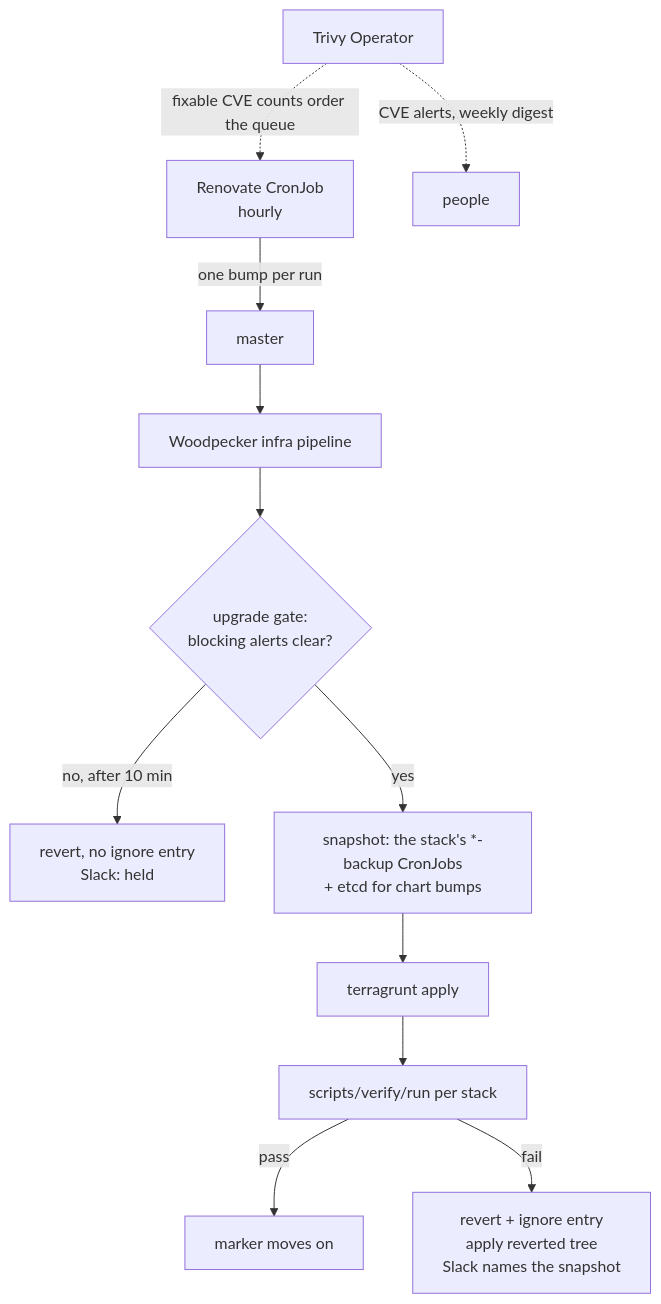
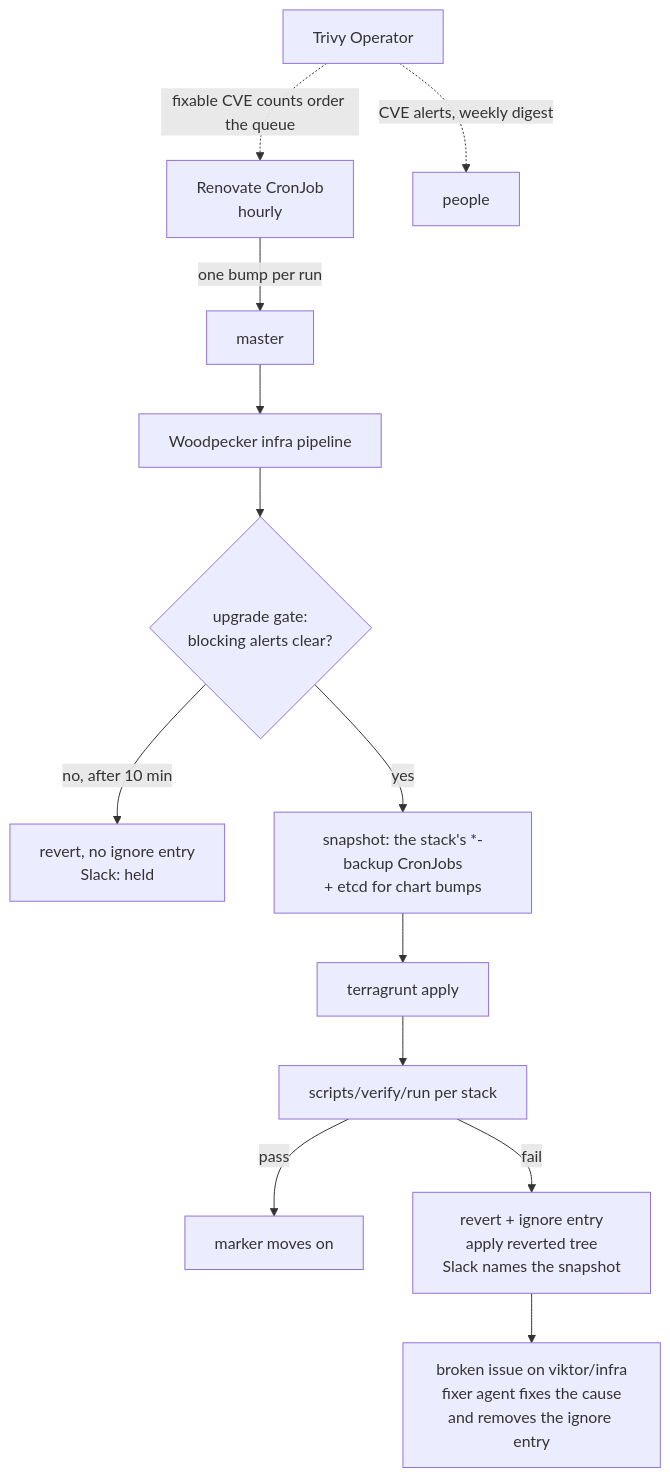
Before and after one commit to ViktorBarzin/infra: the diagram in docs/architecture/automated-upgrades.md, drawn with Mermaid. The commit also changed 4 other files, not shown here.

````diff
--- a/docs/architecture/automated-upgrades.md
+++ b/docs/architecture/automated-upgrades.md
@@ -24,14 +24,15 @@
 ```mermaid
 flowchart TD
   R[Renovate CronJob<br/>hourly] -->|one bump per run| M[master]
   M --> P[Woodpecker infra pipeline]
   P --> G{upgrade gate:<br/>blocking alerts clear?}
   G -->|no, after 10 min| H[revert, no ignore entry<br/>Slack: held]
   G -->|yes| S[snapshot: the stack's *-backup CronJobs<br/>+ etcd for chart bumps]
   S --> A[terragrunt apply]
   A --> V[scripts/verify/run per stack]
   V -->|pass| OK[marker moves on]
   V -->|fail| F[revert + ignore entry<br/>apply reverted tree<br/>Slack names the snapshot]
+  F --> I[broken issue on viktor/infra<br/>fixer agent fixes the cause<br/>and removes the ignore entry]
   T[Trivy Operator] -.->|CVE alerts, weekly digest| HUM[people]
   T -.->|fixable CVE counts order the queue| R
 ```
````
